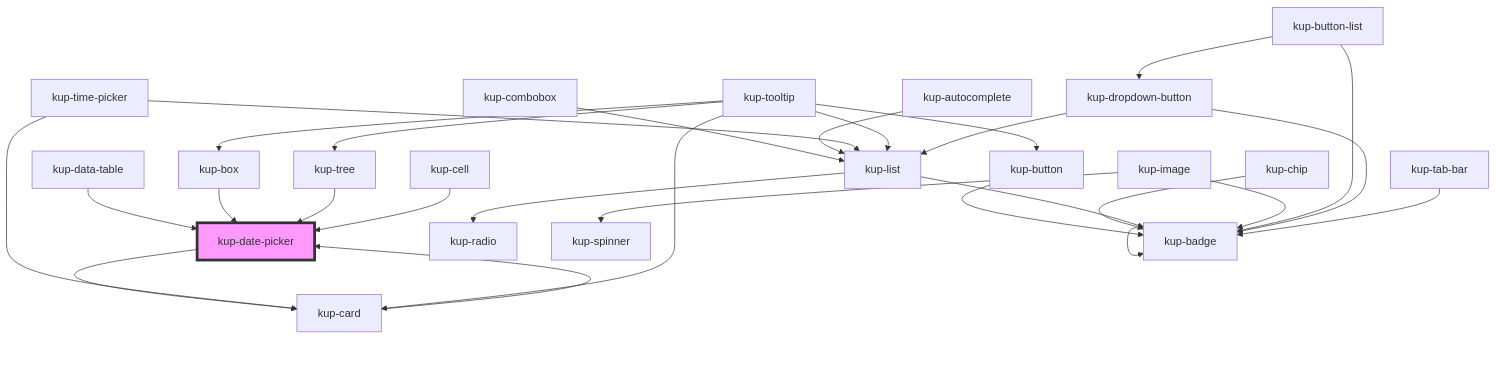
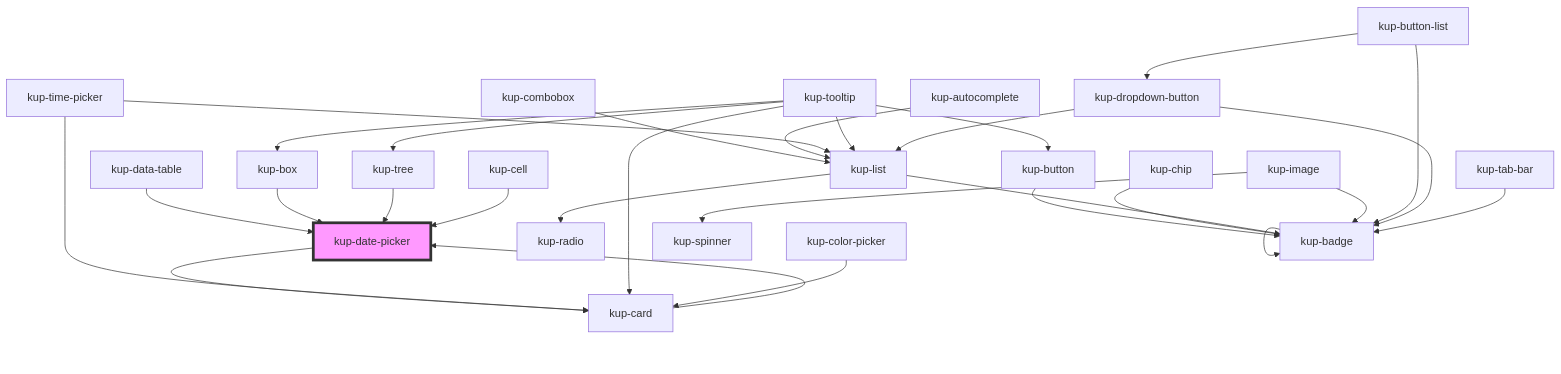
One commit to smeup/ketchup changed the diagram in packages/ketchup/src/components/kup-date-picker/readme.md. Above: the diagram before and after it, drawn with Mermaid. The commit also changed 13 other files, not shown here.

Commit message:
kup-color-picker: removed Vanilla Picker, added card built-in 4 as dropdown.

````diff
--- a/packages/ketchup/src/components/kup-date-picker/readme.md
+++ b/packages/ketchup/src/components/kup-date-picker/readme.md
@@ -100,31 +100,32 @@
 ```mermaid
 graph TD;
   kup-date-picker --> kup-card
   kup-card --> kup-date-picker
   kup-badge --> kup-badge
   kup-button --> kup-badge
   kup-chip --> kup-badge
   kup-list --> kup-radio
   kup-list --> kup-badge
   kup-combobox --> kup-list
   kup-autocomplete --> kup-list
   kup-time-picker --> kup-card
   kup-time-picker --> kup-list
   kup-data-table --> kup-date-picker
   kup-tooltip --> kup-button
   kup-tooltip --> kup-card
   kup-tooltip --> kup-box
   kup-tooltip --> kup-list
   kup-tooltip --> kup-tree
   kup-box --> kup-date-picker
+  kup-color-picker --> kup-card
   kup-image --> kup-spinner
   kup-image --> kup-badge
   kup-button-list --> kup-dropdown-button
   kup-button-list --> kup-badge
   kup-dropdown-button --> kup-list
   kup-dropdown-button --> kup-badge
   kup-tree --> kup-date-picker
   kup-tab-bar --> kup-badge
   kup-cell --> kup-date-picker
   style kup-date-picker fill:#f9f,stroke:#333,stroke-width:4px
 ```
````
